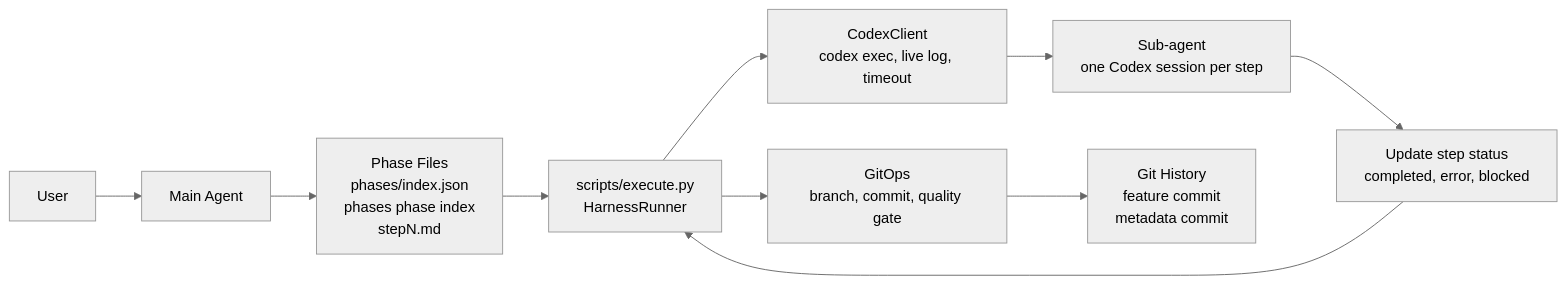
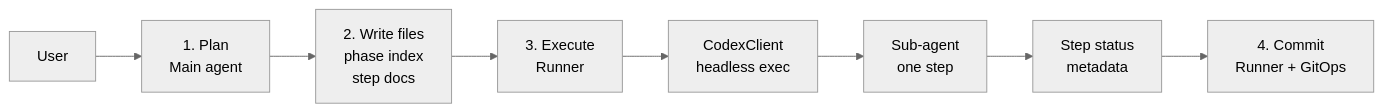
Before and after one commit to zaehorang/SolveSync: the first of 4 diagrams in docs/harness/harness_architecture.md, drawn with Mermaid (neutral theme). The commit also changed other lines of this file, not shown here.

Commit message:
docs: refine harness architecture guide

````diff
--- a/docs/harness/harness_architecture.md
+++ b/docs/harness/harness_architecture.md
@@ -39,14 +33,19 @@
 ```mermaid
 flowchart LR
-  User[User] --> MainAgent[Main Agent]
-  MainAgent --> PhaseFiles[Phase Files<br/>phases/index.json<br/>phases phase index<br/>stepN.md]
+  User["User"]
+  Main["1. Plan<br/>Main agent"]
+  Files["2. Write files<br/>phase index<br/>step docs"]
+  Runner["3. Execute<br/>Runner"]
+  Client["CodexClient<br/>headless exec"]
+  Sub["Sub-agent<br/>one step"]
+  Metadata["Step status<br/>metadata"]
+  Git["4. Commit<br/>Runner + GitOps"]
 
-  PhaseFiles --> Runner[scripts/execute.py<br/>HarnessRunner]
-  Runner --> GitOps[GitOps<br/>branch, commit, quality gate]
-  Runner --> CodexClient[CodexClient<br/>codex exec, live log, timeout]
-
-  CodexClient --> SubAgent[Sub-agent<br/>one Codex session per step]
-  SubAgent --> PhaseIndex[Update step status<br/>completed, error, blocked]
-  PhaseIndex --> Runner
-  GitOps --> GitHistory[Git History<br/>feature commit<br/>metadata commit]
+  User --> Main
+  Main --> Files
+  Files --> Runner
+  Runner --> Client
+  Client --> Sub
+  Sub --> Metadata
+  Metadata --> Git
 ```
````
